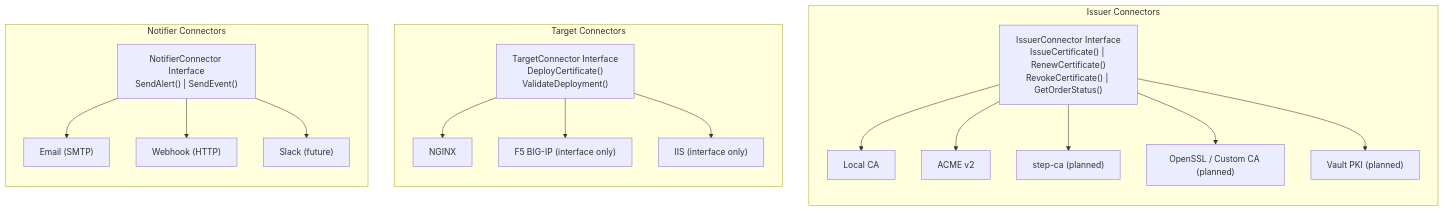
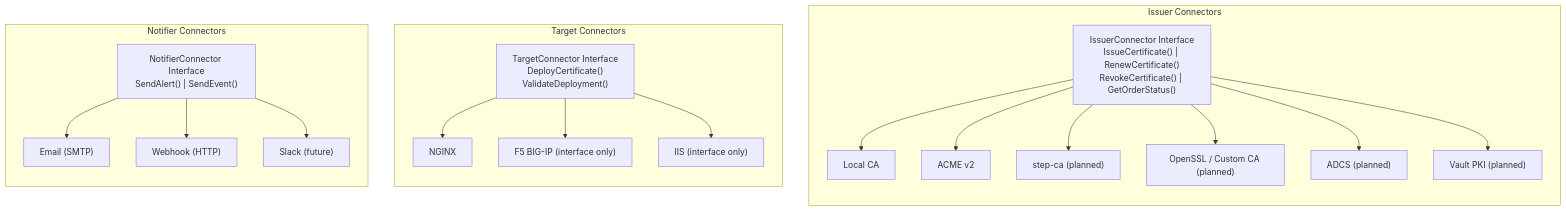
Before and after one commit to certctl-io/certctl: the seventh of 11 diagrams in docs/architecture.md, drawn with Mermaid. The commit also changed other lines of this file and 3 other files, not shown here.

First line of the commit message:
docs: add ADCS issuer connector to V2 roadmap

````diff
--- a/docs/architecture.md
+++ b/docs/architecture.md
@@ -343,28 +344,29 @@
 ```mermaid
 flowchart TB
     subgraph "Issuer Connectors"
         direction TB
         II["IssuerConnector Interface\nIssueCertificate() | RenewCertificate()\nRevokeCertificate() | GetOrderStatus()"]
         II --> LC["Local CA"]
         II --> ACME["ACME v2"]
         II --> SC["step-ca (planned)"]
         II --> OC["OpenSSL / Custom CA (planned)"]
+        II --> AD["ADCS (planned)"]
         II --> VP["Vault PKI (planned)"]
     end
 
     subgraph "Target Connectors"
         direction TB
         TI["TargetConnector Interface\nDeployCertificate()\nValidateDeployment()"]
         TI --> NG["NGINX"]
         TI --> F5["F5 BIG-IP (interface only)"]
         TI --> IIS["IIS (interface only)"]
     end
 
     subgraph "Notifier Connectors"
         direction TB
         NI["NotifierConnector Interface\nSendAlert() | SendEvent()"]
         NI --> EM["Email (SMTP)"]
         NI --> WH["Webhook (HTTP)"]
         NI --> SL["Slack (future)"]
     end
 ```
````
